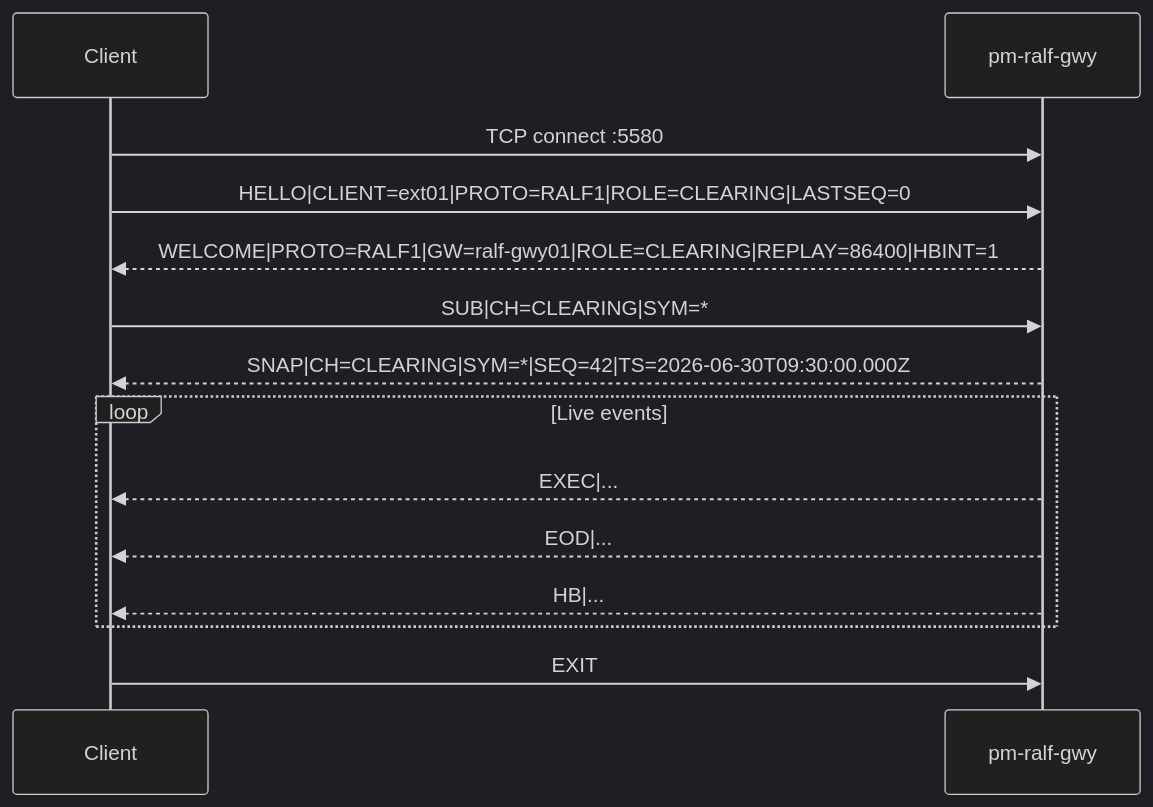
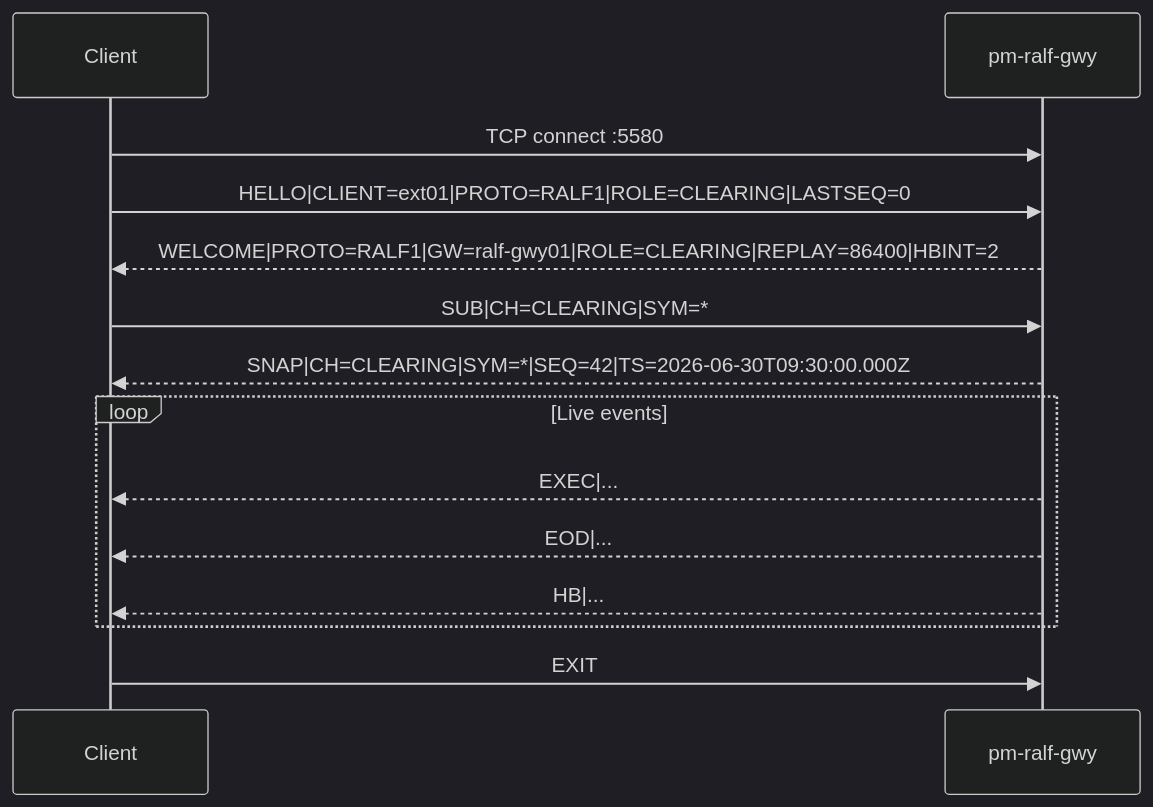
The second of 2 diagrams in docs/books/operator-guide/part-5-gateways/040-ralf-gateway.md (johan162/EduMatcher), drawn with Mermaid (dark theme) before and after one commit. The commit also changed other lines of this file and 53 other files, not shown here.

````diff
--- a/docs/books/operator-guide/part-5-gateways/040-ralf-gateway.md
+++ b/docs/books/operator-guide/part-5-gateways/040-ralf-gateway.md
@@ -284,17 +284,17 @@
 ```mermaid
 sequenceDiagram
     participant C as Client
     participant G as pm-ralf-gwy
 
     C->>G: TCP connect :5580
     C->>G: HELLO|CLIENT=ext01|PROTO=RALF1|ROLE=CLEARING|LASTSEQ=0
-    G-->>C: WELCOME|PROTO=RALF1|GW=ralf-gwy01|ROLE=CLEARING|REPLAY=86400|HBINT=1
+    G-->>C: WELCOME|PROTO=RALF1|GW=ralf-gwy01|ROLE=CLEARING|REPLAY=86400|HBINT=2
     C->>G: SUB|CH=CLEARING|SYM=*
     G-->>C: SNAP|CH=CLEARING|SYM=*|SEQ=42|TS=2026-06-30T09:30:00.000Z
     loop Live events
         G-->>C: EXEC|...
         G-->>C: EOD|...
         G-->>C: HB|...
     end
     C->>G: EXIT
 ```
````
